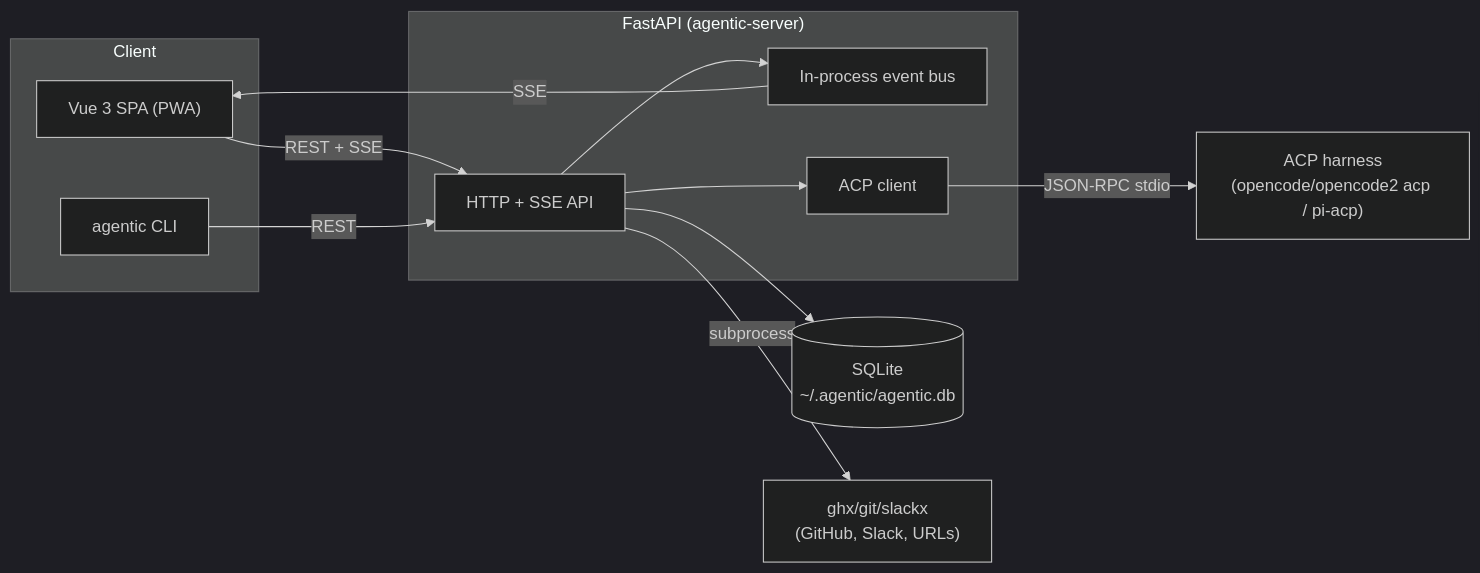
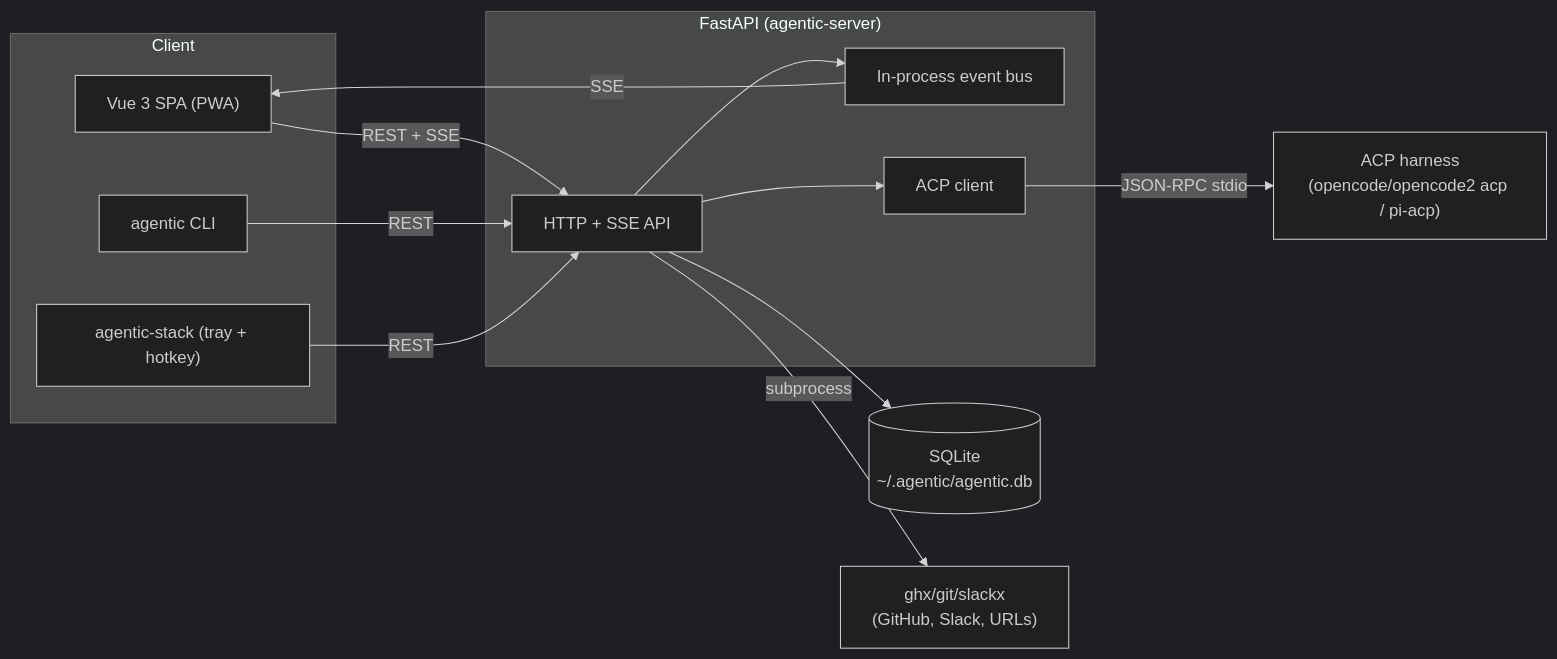
The first of 2 diagrams in .sdlc/context/architecture.md (TomzxCode/agentic), drawn with Mermaid (dark theme) before and after one commit. The commit also changed other lines of this file and 35 other files, not shown here.

First line of the commit message:
feat(stack): add the focus stack with a tray/hotkey launcher

````diff
--- a/.sdlc/context/architecture.md
+++ b/.sdlc/context/architecture.md
@@ -9,24 +10,26 @@
 ```mermaid
 flowchart LR
     subgraph Client
         SPA["Vue 3 SPA (PWA)"]
         CLI["agentic CLI"]
+        Launcher["agentic-stack (tray + hotkey)"]
     end
     subgraph Backend["FastAPI (agentic-server)"]
         API["HTTP + SSE API"]
         BUS["In-process event bus"]
         ACP["ACP client"]
     end
     DB[("SQLite\n~/.agentic/agentic.db")]
     Harness["ACP harness\n(opencode/opencode2 acp / pi-acp)"]
     Ext["ghx/git/slackx\n(GitHub, Slack, URLs)"]
 
     SPA -- "REST + SSE" --> API
     CLI -- "REST" --> API
+    Launcher -- "REST" --> API
     API --> DB
     API --> BUS
     ACP -- "JSON-RPC stdio" --> Harness
     API --> ACP
     API -- "subprocess" --> Ext
     BUS -- "SSE" --> SPA
 ```
````
